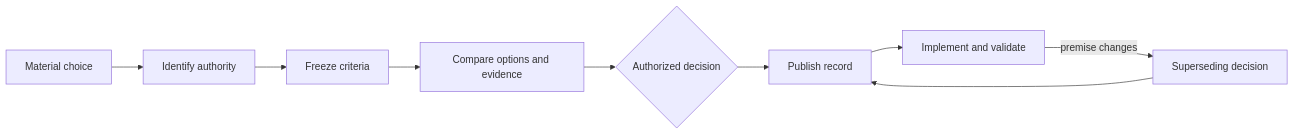
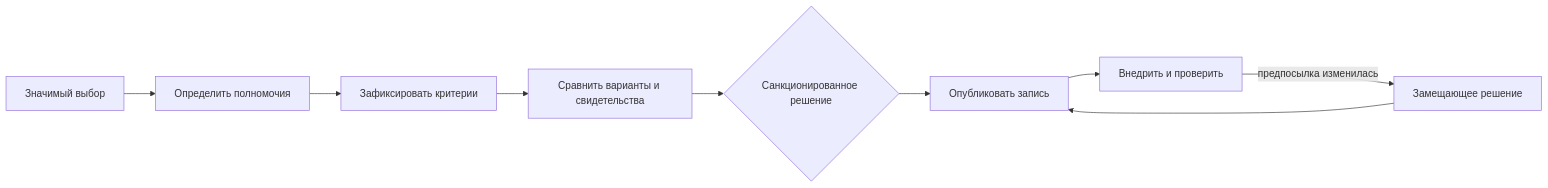
The diagram in diagrams/decision-flow.md (kitay-sudo/vectra), drawn with Mermaid before and after one commit. The commit also changed other lines of this file and 63 other files, not shown here.

````diff
--- a/diagrams/decision-flow.md
+++ b/diagrams/decision-flow.md
@@ -3,11 +3,11 @@
 ```mermaid
 flowchart LR
-  T["Material choice"] --> A["Identify authority"]
-  A --> K["Freeze criteria"]
-  K --> O["Compare options and evidence"]
-  O --> D{"Authorized decision"}
-  D --> R["Publish record"]
-  R --> I["Implement and validate"]
-  I -->|premise changes| S["Superseding decision"]
+  T["Значимый выбор"] --> A["Определить полномочия"]
+  A --> K["Зафиксировать критерии"]
+  K --> O["Сравнить варианты и свидетельства"]
+  O --> D{"Санкционированное решение"}
+  D --> R["Опубликовать запись"]
+  R --> I["Внедрить и проверить"]
+  I -->|предпосылка изменилась| S["Замещающее решение"]
   S --> R
 ```
````
